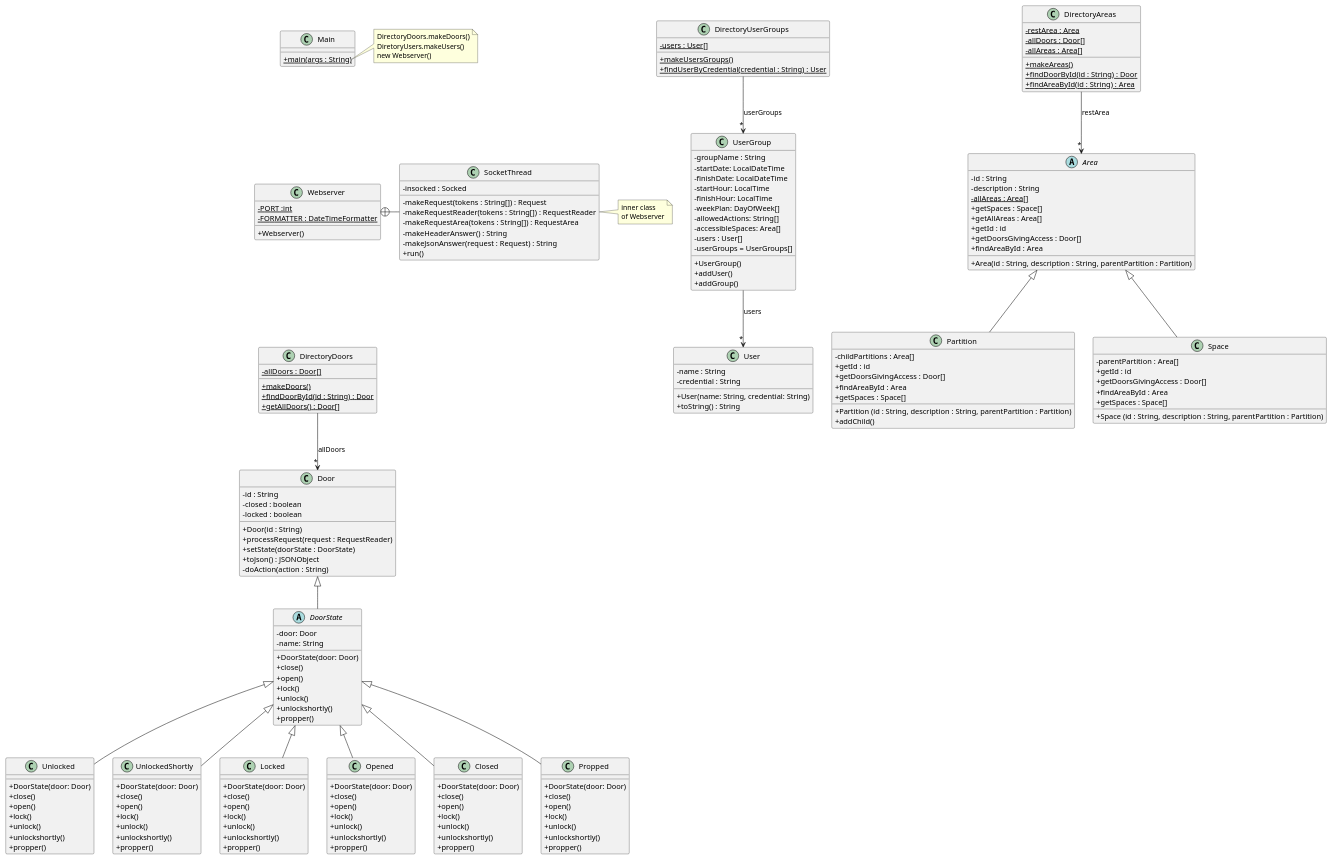
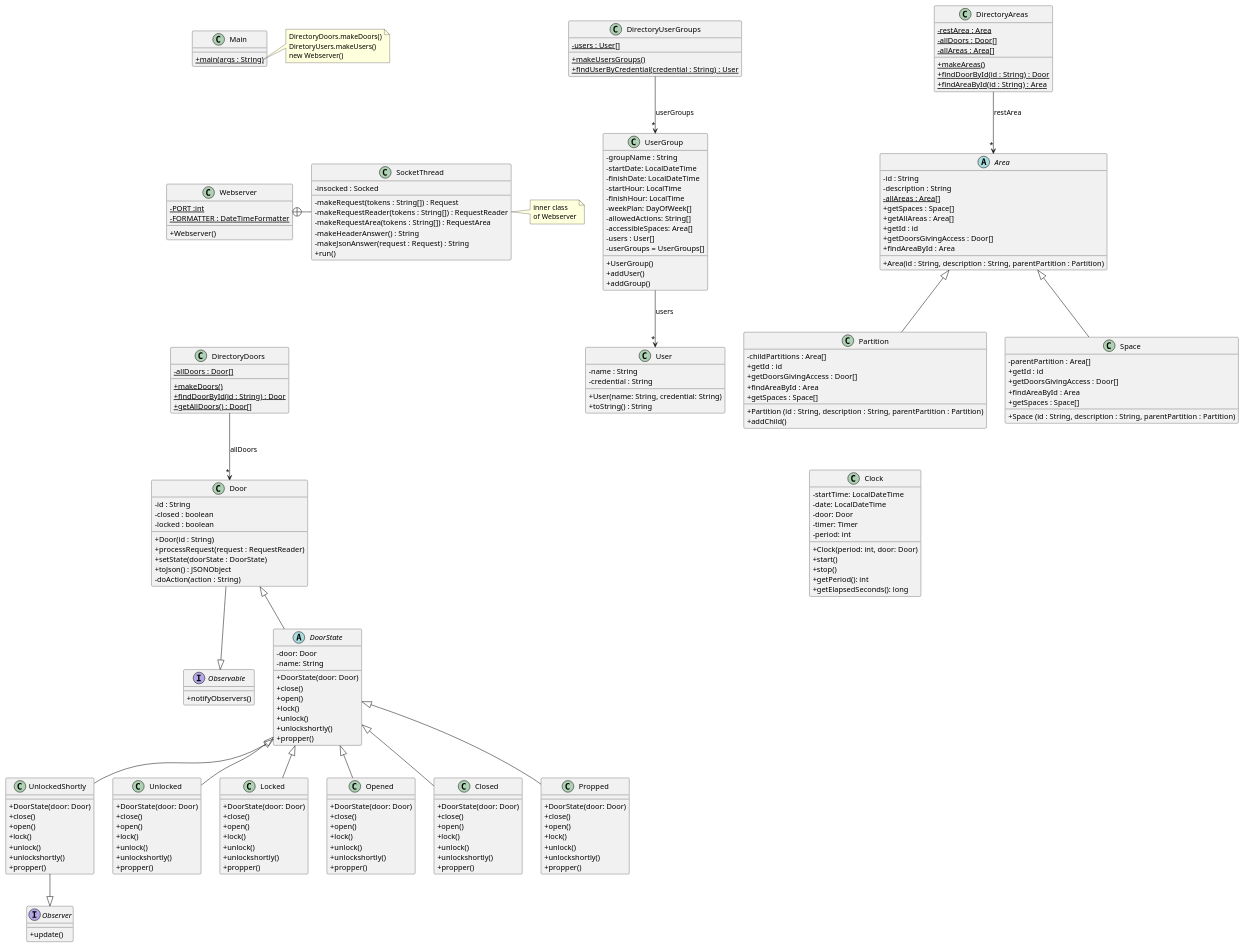
Before and after one commit to laiapns/Practica-DS: the diagram in src/baseNoStates/uml/base_no_states.puml, drawn with PlantUML. The commit also changed 18 other files, not shown here.

Commit message:
Fita 1 final (no UnlockedShortly done)

```diff
--- a/src/baseNoStates/uml/base_no_states.puml
+++ b/src/baseNoStates/uml/base_no_states.puml
@@ -81,6 +81,31 @@
 + findAreaById : Area
 + getSpaces : Space[]
 }
+class Clock {
+      - startTime: LocalDateTime
+      - date: LocalDateTime
+      - door: Door
+      - timer: Timer
+      - period: int
+      + Clock(period: int, door: Door)
+      + start()
+      + stop()
+      + getPeriod(): int
+      + getElapsedSeconds(): long
+}
+interface Observer {
+  + update()
+}
+
+interface Observable {
+  + notifyObservers()
+}
+
+Door --|> Observable
+
+UnlockedShortly --|> Observer
+
+Partition -[hidden]down- Clock
 
 class Door {
 - id : String
```
